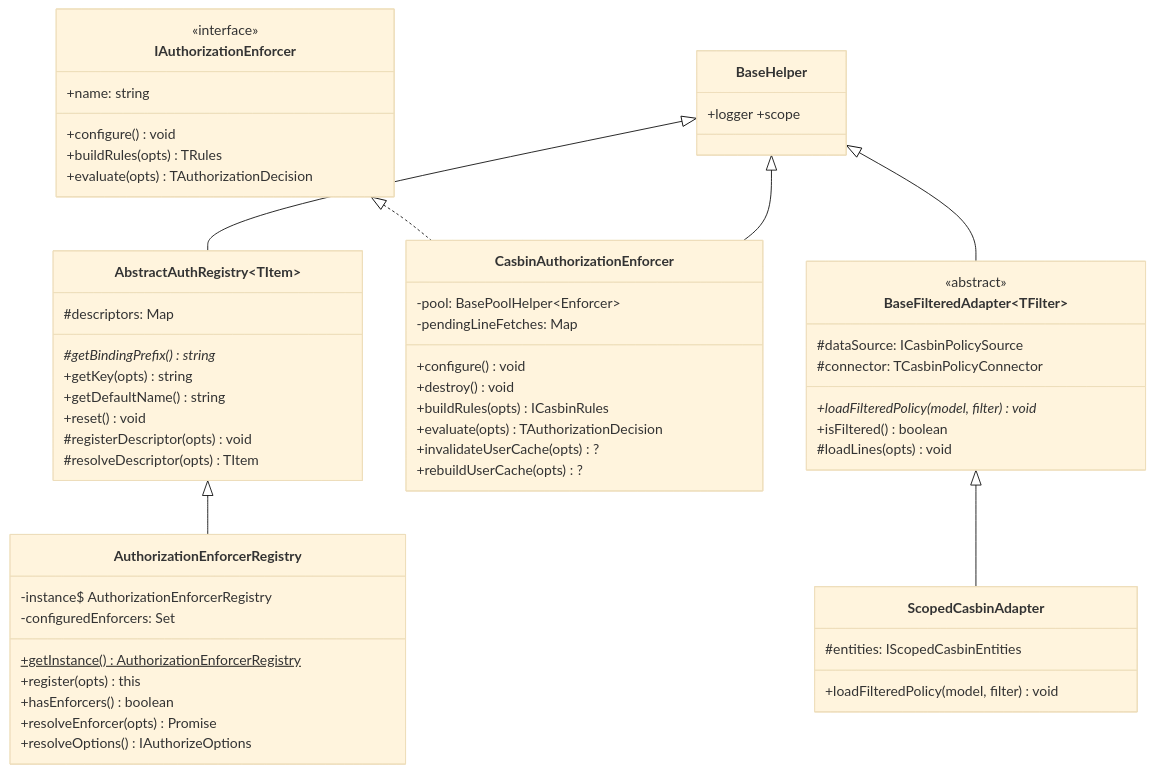
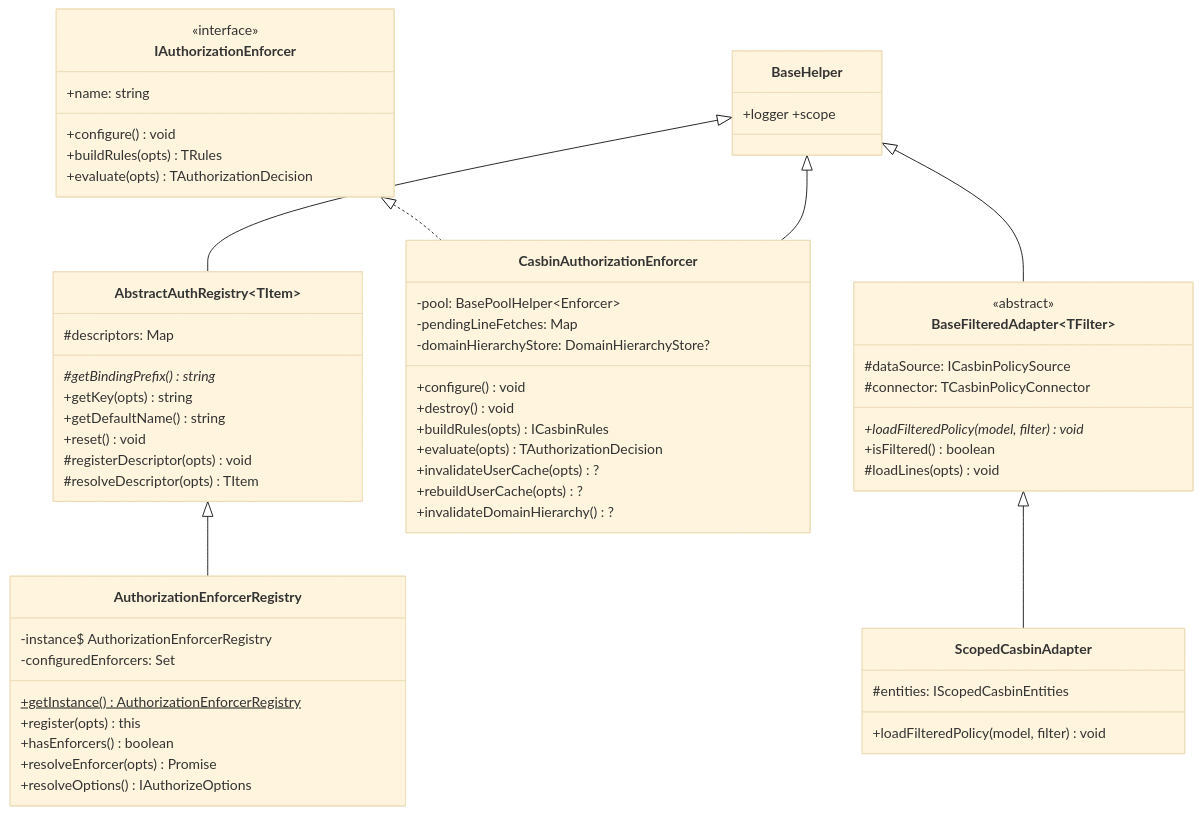
Before and after one commit to VENIZIA-AI/ignis: the third of 3 diagrams in docs/wiki/content/extensions/components/authorization/api.md, drawn with Mermaid (base theme). The commit also changed other lines of this file and 13 other files, not shown here.

````diff
--- a/docs/wiki/content/extensions/components/authorization/api.md
+++ b/docs/wiki/content/extensions/components/authorization/api.md
@@ -156,57 +156,59 @@
 ```mermaid
 classDiagram
     class BaseHelper { +logger +scope }
     class AbstractAuthRegistry~TItem~ {
         #descriptors: Map
         #getBindingPrefix()* string
         +getKey(opts) string
         +getDefaultName() string
         +reset() void
         #registerDescriptor(opts) void
         #resolveDescriptor(opts) TItem
     }
     class AuthorizationEnforcerRegistry {
         -instance$ AuthorizationEnforcerRegistry
         -configuredEnforcers: Set
         +getInstance()$ AuthorizationEnforcerRegistry
         +register(opts) this
         +hasEnforcers() boolean
         +resolveEnforcer(opts) Promise
         +resolveOptions() IAuthorizeOptions
     }
     class IAuthorizationEnforcer {
         <<interface>>
         +name: string
         +configure() void
         +buildRules(opts) TRules
         +evaluate(opts) TAuthorizationDecision
     }
     class CasbinAuthorizationEnforcer {
         -pool: BasePoolHelper~Enforcer~
         -pendingLineFetches: Map
+        -domainHierarchyStore: DomainHierarchyStore?
         +configure() void
         +destroy() void
         +buildRules(opts) ICasbinRules
         +evaluate(opts) TAuthorizationDecision
         +invalidateUserCache(opts)?
         +rebuildUserCache(opts)?
+        +invalidateDomainHierarchy()?
     }
     class BaseFilteredAdapter~TFilter~ {
         <<abstract>>
         #dataSource: ICasbinPolicySource
         #connector: TCasbinPolicyConnector
         +loadFilteredPolicy(model, filter)* void
         +isFiltered() boolean
         #loadLines(opts) void
     }
     class ScopedCasbinAdapter {
         #entities: IScopedCasbinEntities
         +loadFilteredPolicy(model, filter) void
     }
     BaseHelper <|-- AbstractAuthRegistry
     AbstractAuthRegistry <|-- AuthorizationEnforcerRegistry
     IAuthorizationEnforcer <|.. CasbinAuthorizationEnforcer
     BaseHelper <|-- CasbinAuthorizationEnforcer
     BaseHelper <|-- BaseFilteredAdapter
     BaseFilteredAdapter <|-- ScopedCasbinAdapter
 ```
````
